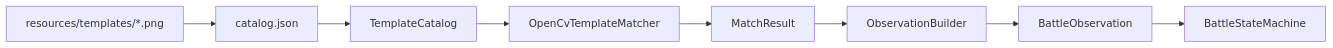
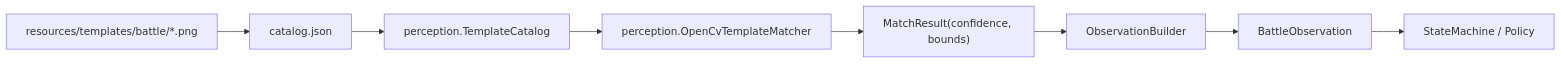
The third of 3 diagrams in dhxy2-automation/docs/runtime-flow.md (lijunyang369/codex), drawn with Mermaid before and after one commit. The commit also changed other lines of this file and 53 other files, not shown here.

````diff
--- a/dhxy2-automation/docs/runtime-flow.md
+++ b/dhxy2-automation/docs/runtime-flow.md
@@ -197,10 +64,10 @@
 ```mermaid
 flowchart LR
-    A["resources/templates/*.png"] --> B["catalog.json"]
-    B --> C["TemplateCatalog"]
-    C --> D["OpenCvTemplateMatcher"]
-    D --> E["MatchResult"]
+    A["resources/templates/battle/*.png"] --> B["catalog.json"]
+    B --> C["perception.TemplateCatalog"]
+    C --> D["perception.OpenCvTemplateMatcher"]
+    D --> E["MatchResult(confidence, bounds)"]
     E --> F["ObservationBuilder"]
     F --> G["BattleObservation"]
-    G --> H["BattleStateMachine"]
+    G --> H["StateMachine / Policy"]
 ```
````
